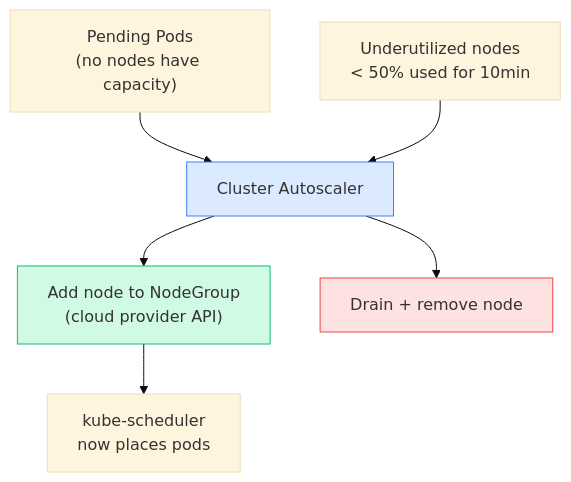
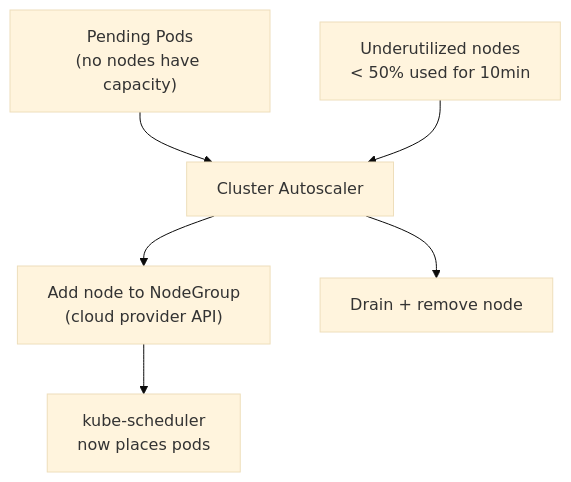
The third of 3 diagrams in content/cka/06-workload-autoscaling-hpa-vpa-cluster-autoscaler/overview/overview.md (Gautam4424/k8slearn-content), drawn with Mermaid (base theme) before and after one commit. The commit also changed other lines of this file and 40 other files, not shown here.

Commit message:
chore: fix mermaid style regex

````diff
--- a/content/cka/06-workload-autoscaling-hpa-vpa-cluster-autoscaler/overview/overview.md
+++ b/content/cka/06-workload-autoscaling-hpa-vpa-cluster-autoscaler/overview/overview.md
@@ -213,17 +207,13 @@
 ```mermaid
 flowchart TD
     PEND["Pending Pods\n(no nodes have capacity)"]
     CA["Cluster Autoscaler"]
     ADD["Add node to NodeGroup\n(cloud provider API)"]
     SCHED["kube-scheduler\nnow places pods"]
 
     UNDER["Underutilized nodes\n< 50% used for 10min"]
     REMOVE["Drain + remove node"]
 
     PEND --> CA --> ADD --> SCHED
     UNDER --> CA --> REMOVE
-
-    style CA fill:#dbeafe,stroke:#3b82f6
-    style ADD fill:#d1fae5,stroke:#10b981
-    style REMOVE fill:#fee2e2,stroke:#ef4444
 ```
````
